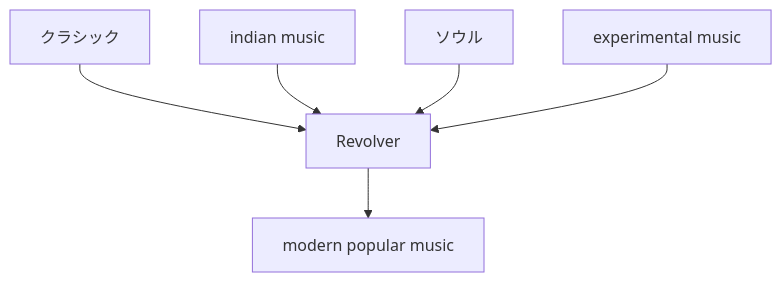
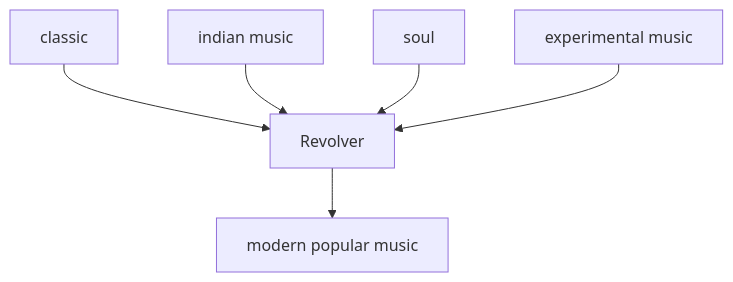
The fourth of 20 diagrams in en/_posts/2026-07-02-column-influential-album-05.md (monumental-movement/monumental-movement.github.io), drawn with Mermaid before and after one commit. The commit also changed other lines of this file and 851 other files, not shown here.

```diff
--- a/en/_posts/2026-07-02-column-influential-album-05.md
+++ b/en/_posts/2026-07-02-column-influential-album-05.md
@@ -276,16 +276,16 @@
 <div class="mermaid">
 flowchart TD
-A[クラシック]
+A[classic]
 B[indian music]
-C[ソウル]
+C[soul]
 D[experimental music]
 E[Revolver]
 F[modern popular music]
 
 A --> E
 B --> E
 C --> E
 D --> E
 E --> F
 
 </div>
```
